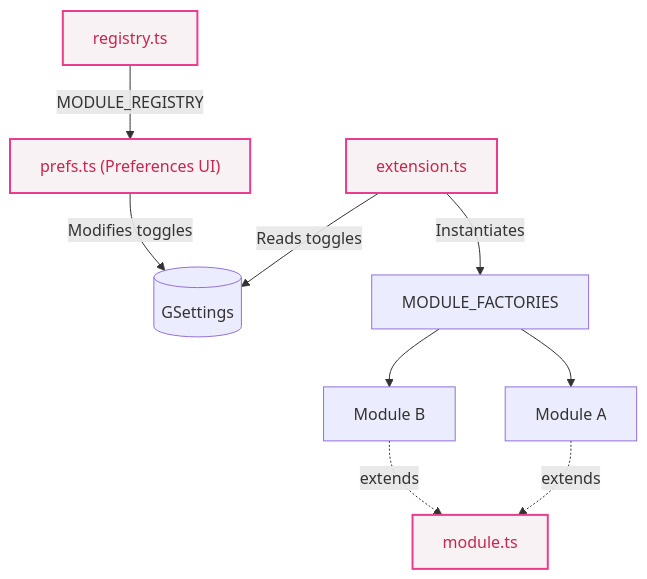
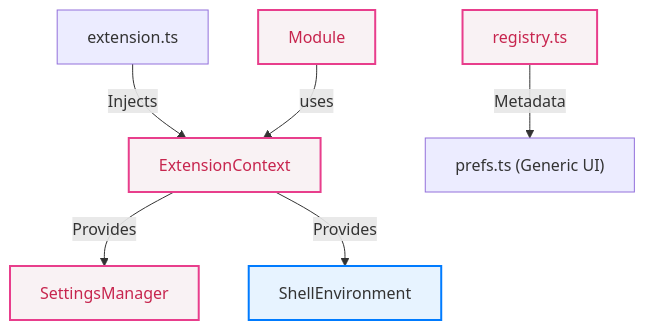
One commit to luminusOS/aurora-shell changed the diagram in CONTRIBUTING.md. Above: the diagram before and after it, drawn with Mermaid. The commit also changed other lines of this file and 28 other files, not shown here.

````diff
--- a/CONTRIBUTING.md
+++ b/CONTRIBUTING.md
@@ -9,16 +9,13 @@
 ```mermaid
 graph TD
-    classDef file fill:#f9f2f4,stroke:#e83e8c,stroke-width:2px,color:#c7254e;
+    classDef core fill:#f9f2f4,stroke:#e83e8c,stroke-width:2px,color:#c7254e;
+    classDef adapter fill:#e7f3ff,stroke:#007bff,stroke-width:2px;
     
-    A["extension.ts"]:::file -->|Reads toggles| B[(GSettings)]
-    A -->|Instantiates| C["MODULE_FACTORIES"]
+    A["extension.ts"] -->|Injects| B["ExtensionContext"]:::core
+    B -->|Provides| C["SettingsManager"]:::core
+    B -->|Provides| D["ShellEnvironment"]:::adapter
     
-    C --> D["Module A"]
-    C --> E["Module B"]
+    E["Module"]:::core -->|uses| B
     
-    D -.->|extends| F["module.ts"]:::file
-    E -.->|extends| F
-    
-    G["registry.ts"]:::file -->|MODULE_REGISTRY| H["prefs.ts (Preferences UI)"]:::file
-    H -->|Modifies toggles| B
+    F["registry.ts"]:::core -->|Metadata| G["prefs.ts (Generic UI)"]
 ```
````
